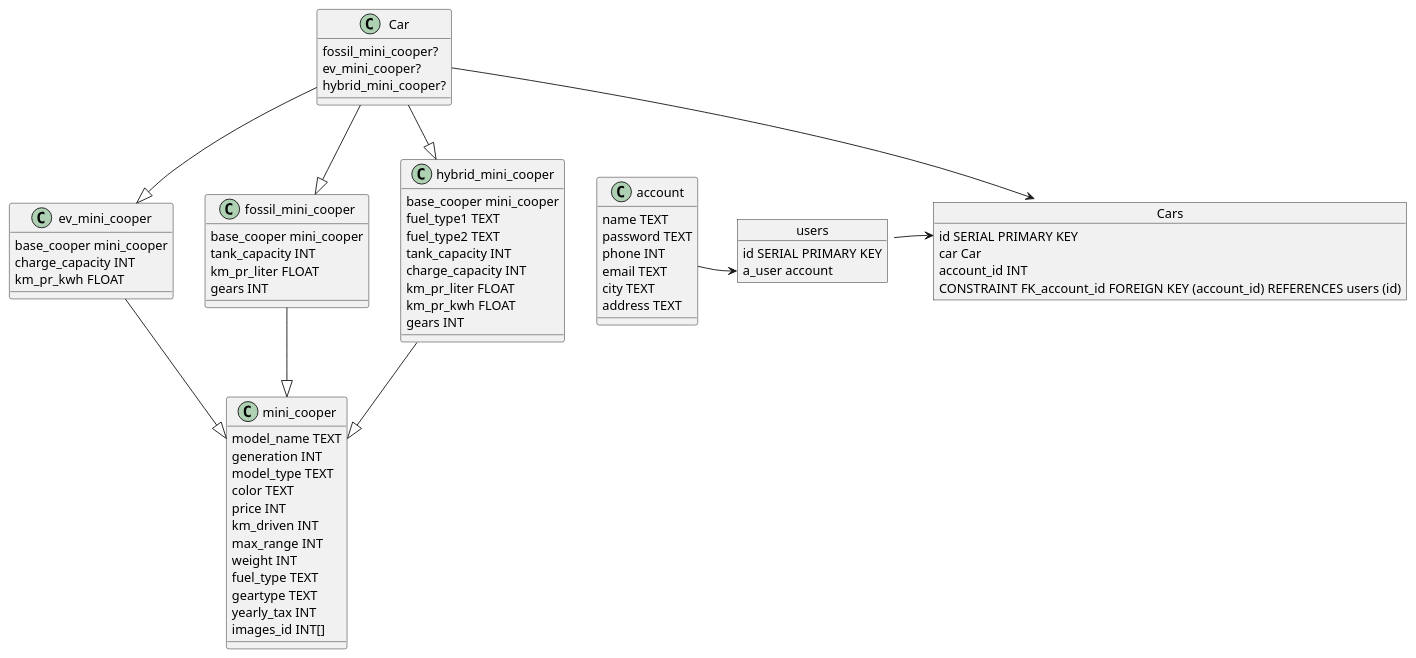
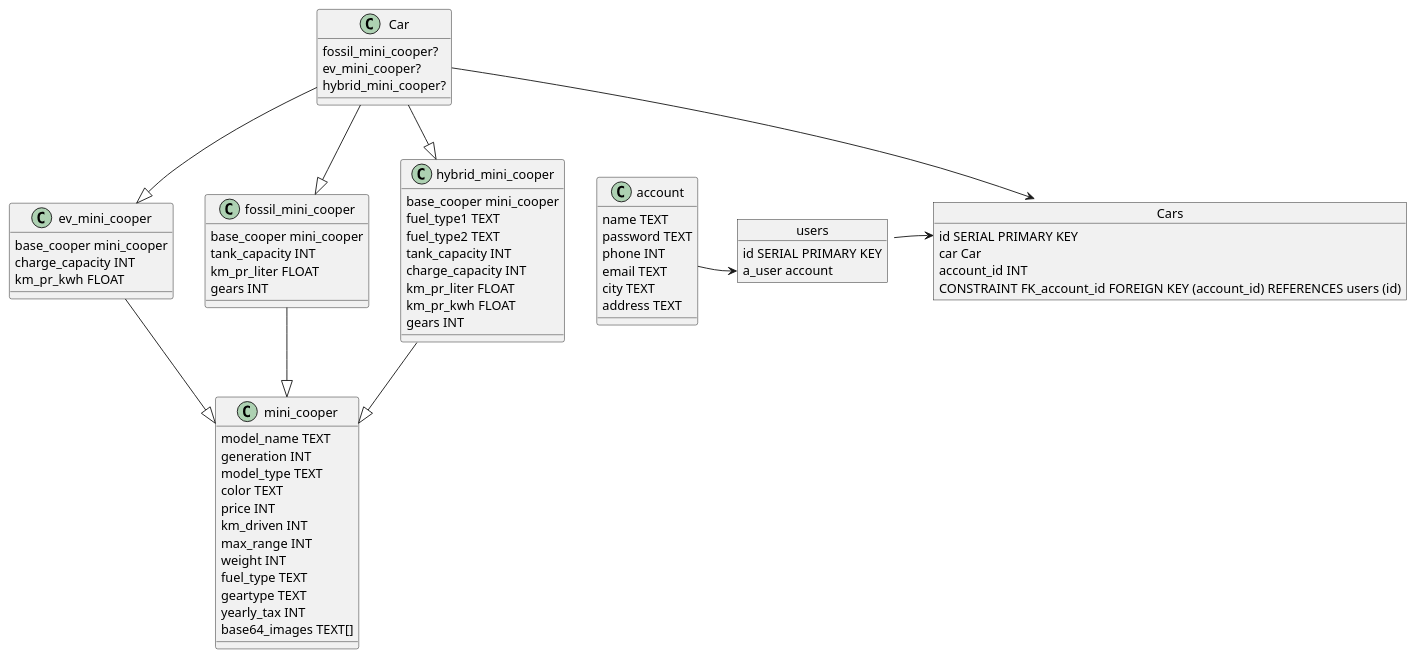
Before and after one commit to Mercantec-GHC/projekt-gruppe-3-1: the first of 2 diagrams in BlazorApp/DatabaseDiagram.puml, drawn with PlantUML. The commit also changed 4 other files, not shown here.

```diff
--- a/BlazorApp/DatabaseDiagram.puml
+++ b/BlazorApp/DatabaseDiagram.puml
@@ -1,83 +1,83 @@
 @startuml
 'https://plantuml.com/sequence-diagram
 class mini_cooper {
     model_name TEXT
     generation INT
     model_type TEXT
     color TEXT
     price INT
     km_driven INT
     max_range INT
     weight INT
     fuel_type TEXT
     geartype TEXT
     yearly_tax INT
-    images_id INT[]
+    base64_images TEXT[]
 }
 
 class account {
     name TEXT
     password TEXT
     phone INT
     email TEXT
     city TEXT
     address TEXT
 }
 
 class ev_mini_cooper{
     base_cooper mini_cooper
     charge_capacity INT
     km_pr_kwh FLOAT
 }
 
 class fossil_mini_cooper {
     base_cooper mini_cooper
     tank_capacity INT
     km_pr_liter FLOAT
     gears INT
 }
 
 class hybrid_mini_cooper {
     base_cooper mini_cooper
     fuel_type1 TEXT
     fuel_type2 TEXT
     tank_capacity INT
     charge_capacity INT
     km_pr_liter FLOAT
     km_pr_kwh FLOAT
     gears INT
 }
 
 
 object users{
     id SERIAL PRIMARY KEY
     a_user account
 }
 
 class Car {
     fossil_mini_cooper?
     ev_mini_cooper?
     hybrid_mini_cooper?
 }
 
 object Cars{
     id SERIAL PRIMARY KEY
     car Car
     account_id INT
     CONSTRAINT FK_account_id FOREIGN KEY (account_id) REFERENCES users (id)
 }
 
 Car --|> fossil_mini_cooper
 Car --|> ev_mini_cooper
 Car --|> hybrid_mini_cooper
 
 users -> Cars::id
 
 Car --> Cars
 
 fossil_mini_cooper --|> mini_cooper
 ev_mini_cooper --|> mini_cooper
 hybrid_mini_cooper --|> mini_cooper
 
 account -> users::a_user
 @enduml
```
